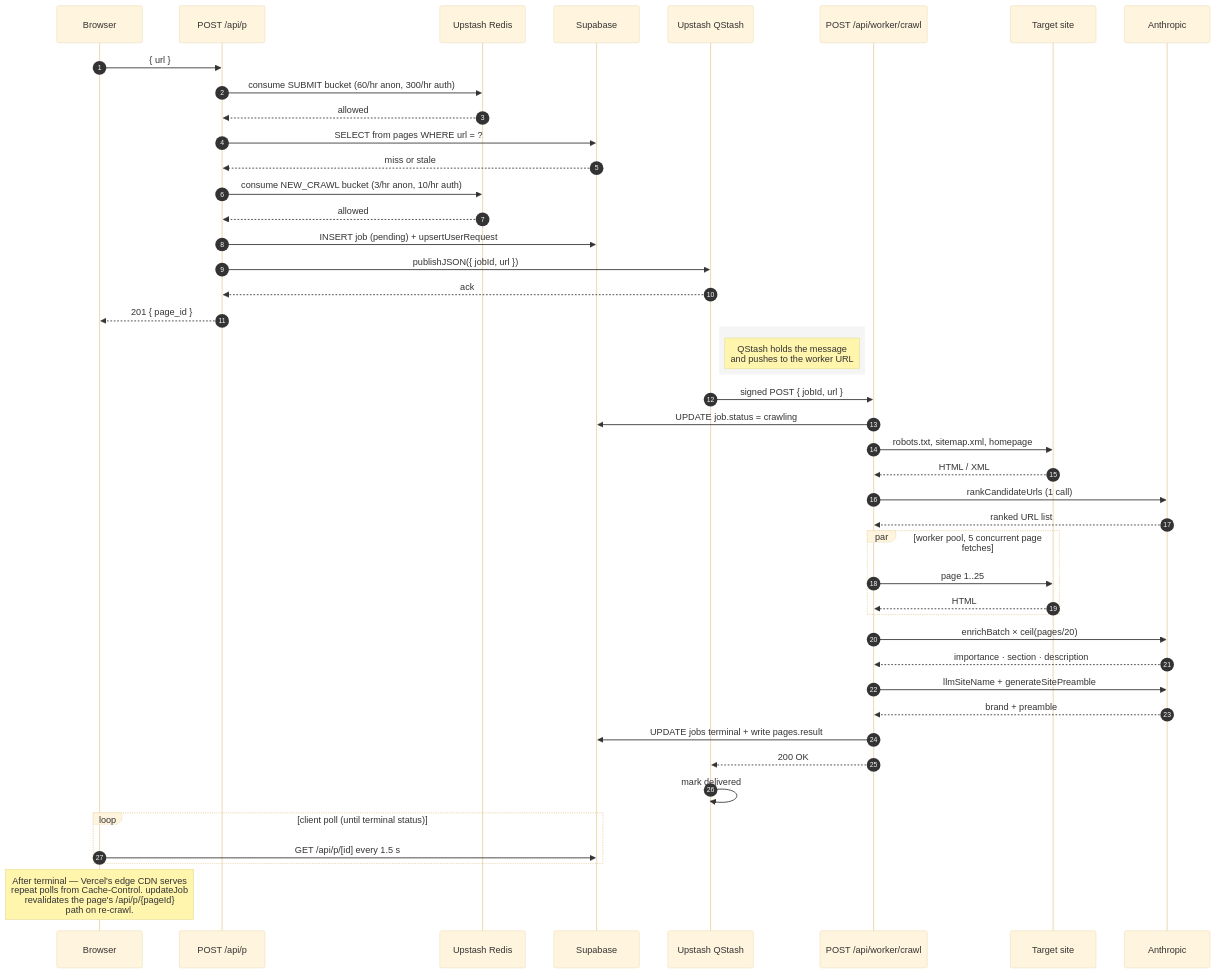
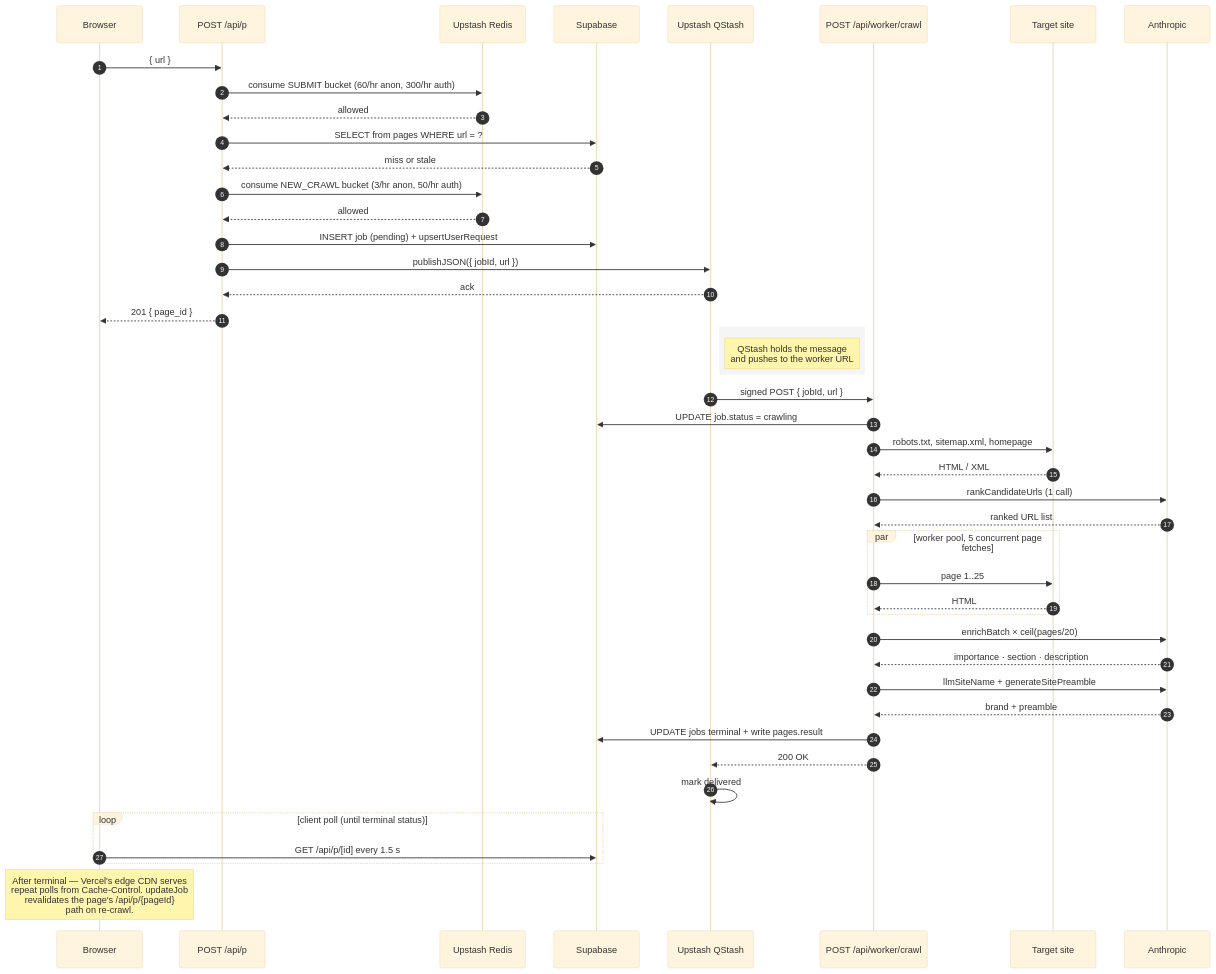
Before and after one commit to adrewh2/llm-text-generator: the second of 2 diagrams in docs/SYSTEM-DESIGN.md, drawn with Mermaid (base theme). The commit also changed other lines of this file and 8 other files, not shown here.

````diff
--- a/docs/SYSTEM-DESIGN.md
+++ b/docs/SYSTEM-DESIGN.md
@@ -79,57 +79,57 @@
 ```mermaid
 sequenceDiagram
     autonumber
     participant U as Browser
     participant P as POST /api/p
     participant R as Upstash Redis
     participant DB as Supabase
     participant Q as Upstash QStash
     participant W as POST /api/worker/crawl
     participant T as Target site
     participant A as Anthropic
 
     U->>P: { url }
     P->>R: consume SUBMIT bucket (60/hr anon, 300/hr auth)
     R-->>P: allowed
     P->>DB: SELECT from pages WHERE url = ?
     DB-->>P: miss or stale
-    P->>R: consume NEW_CRAWL bucket (3/hr anon, 10/hr auth)
+    P->>R: consume NEW_CRAWL bucket (3/hr anon, 50/hr auth)
     R-->>P: allowed
     P->>DB: INSERT job (pending) + upsertUserRequest
     P->>Q: publishJSON({ jobId, url })
     Q-->>P: ack
     P-->>U: 201 { page_id }
 
     rect rgb(245,245,245)
         note right of Q: QStash holds the message<br/>and pushes to the worker URL
     end
 
     Q->>W: signed POST { jobId, url }
     W->>DB: UPDATE job.status = crawling
 
     W->>T: robots.txt, sitemap.xml, homepage
     T-->>W: HTML / XML
 
     W->>A: rankCandidateUrls (1 call)
     A-->>W: ranked URL list
 
     par worker pool, 5 concurrent page fetches
         W->>T: page 1..25
         T-->>W: HTML
     end
 
     W->>A: enrichBatch × ceil(pages/20)
     A-->>W: importance · section · description
     W->>A: llmSiteName + generateSitePreamble
     A-->>W: brand + preamble
 
     W->>DB: UPDATE jobs terminal + write pages.result
     W-->>Q: 200 OK
     Q->>Q: mark delivered
 
     loop client poll (until terminal status)
         U->>DB: GET /api/p/[id] every 1.5 s
     end
 
     note over U: After terminal — Vercel's edge CDN serves<br/>repeat polls from Cache-Control. updateJob<br/>revalidates the page's /api/p/{pageId}<br/>path on re-crawl.
 ```
````
